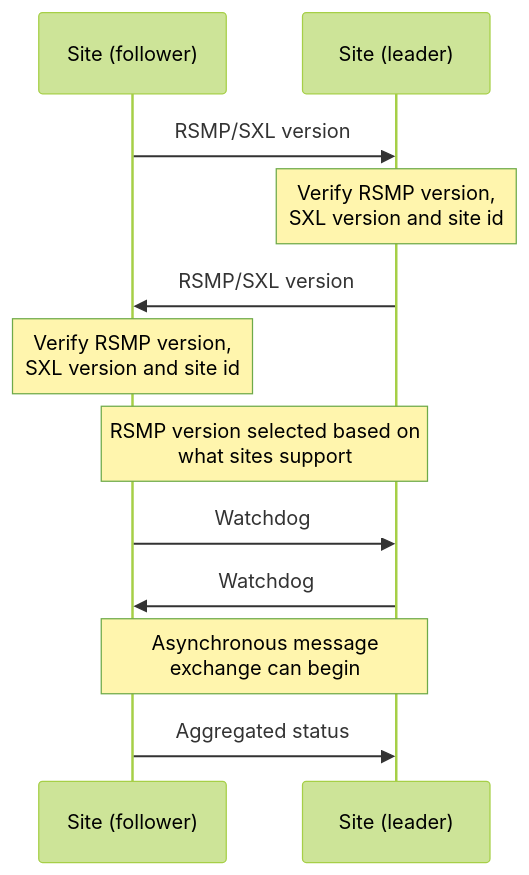
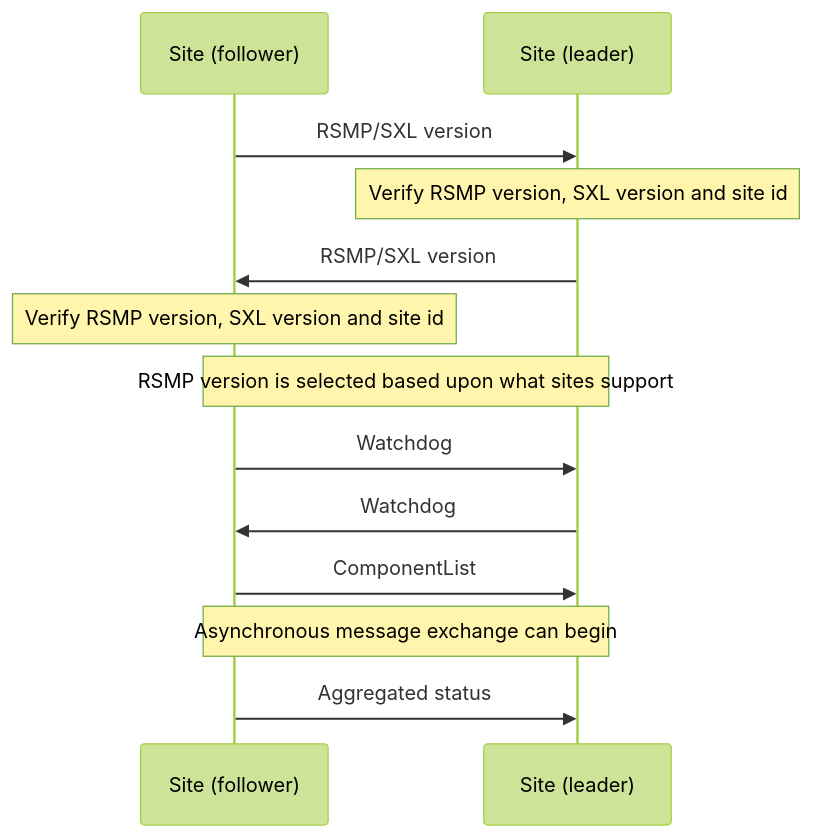
Before and after one commit to rsmp-nordic/rsmp_core: the second of 3 diagrams in pages/applicability/transport_of_data.md, drawn with Mermaid (forest theme). The commit also changed other lines of this file and 25 other files, not shown here.

````diff
--- a/pages/applicability/transport_of_data.md
+++ b/pages/applicability/transport_of_data.md
@@ -183,14 +137,15 @@
 ```mermaid
 sequenceDiagram
     participant A as Site (follower)
     participant B as Site (leader)
     A->>B: RSMP/SXL version
-    Note over B: Verify RSMP version,<br/>SXL version and site id
+    Note over B: Verify RSMP version, SXL version and site id
     B->>A: RSMP/SXL version
-    Note over A: Verify RSMP version,<br/>SXL version and site id
-    Note over A,B: RSMP version selected based on<br/>what sites support
+    Note over A: Verify RSMP version, SXL version and site id
+    Note over A,B: RSMP version is selected based upon what sites support
     A->>B: Watchdog
     B->>A: Watchdog
-    Note over A,B: Asynchronous message<br/>exchange can begin
+    A->>B: ComponentList
+    Note over A,B: Asynchronous message exchange can begin
     A->>B: Aggregated status
 ```
````
